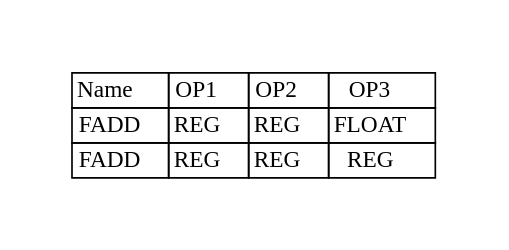
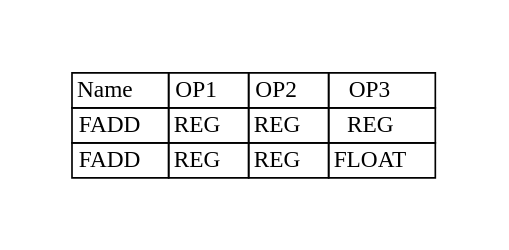
The diagram in docs/books/crexx_vm_spec/svg/fadd.gv (adesutherland/CREXX), drawn with Graphviz before and after one commit. The commit also changed other lines of this file and 167 other files, not shown here.

```diff
--- a/docs/books/crexx_vm_spec/svg/fadd.gv
+++ b/docs/books/crexx_vm_spec/svg/fadd.gv
@@ -1,10 +1,10 @@
 digraph{
 graph [pad="0.5", nodesep="0.5", ranksep="2" ]
 node [shape=plain]
 Foo [label=<
 <table border="0" cellborder="1" cellspacing="0">
 <tr><td> Name </td> <td> OP1 </td><td> OP2 </td><td> OP3 </td> </tr>
+<tr><td> FADD </td><td> REG </td><td> REG </td><td> REG </td> </tr>
 <tr><td> FADD </td><td> REG </td><td> REG </td><td> FLOAT </td> </tr>
-<tr><td> FADD </td><td> REG </td><td> REG </td><td> REG </td> </tr>
 </table>>];
 }
```
